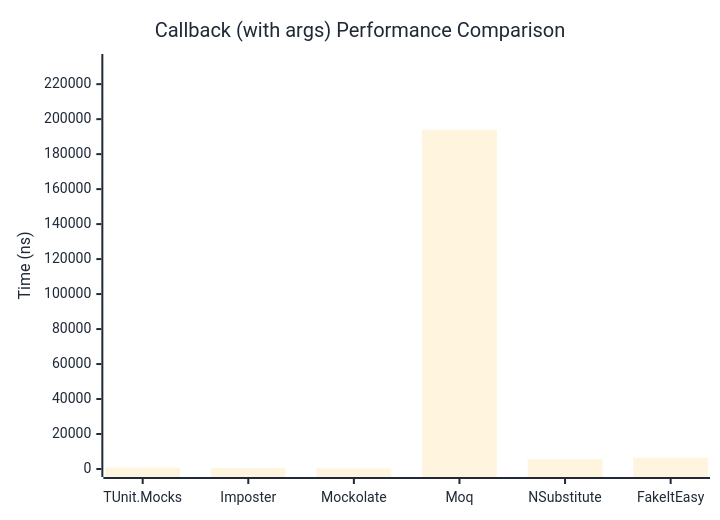
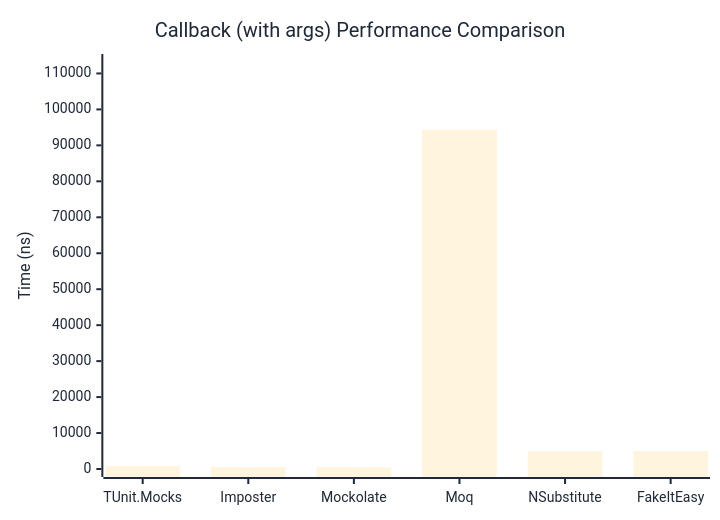
The second of 2 diagrams in docs/docs/benchmarks/mocks/Callback.md (thomhurst/TUnit), drawn with Mermaid before and after one commit. The commit also changed other lines of this file and 14 other files, not shown here.

````diff
--- a/docs/docs/benchmarks/mocks/Callback.md
+++ b/docs/docs/benchmarks/mocks/Callback.md
@@ -71,27 +71,27 @@
 ```mermaid
 %%{init: {
   'theme':'base',
   'themeVariables': {
     'primaryColor': '#2563eb',
     'primaryTextColor': '#1f2937',
     'primaryBorderColor': '#1e40af',
     'lineColor': '#6b7280',
     'secondaryColor': '#7c3aed',
     'tertiaryColor': '#dc2626',
     'background': '#ffffff',
     'pie1': '#2563eb',
     'pie2': '#7c3aed',
     'pie3': '#dc2626',
     'pie4': '#f59e0b',
     'pie5': '#10b981',
     'pie6': '#06b6d4',
     'pie7': '#ec4899',
     'pie8': '#6366f1'
   }
 }}%%
 xychart-beta
   title "Callback (with args) Performance Comparison"
   x-axis ["TUnit.Mocks", "Imposter", "Mockolate", "Moq", "NSubstitute", "FakeItEasy"]
-  y-axis "Time (ns)" 0 --> 232666
-  bar [774.2, 517.7, 385.2, 193887.9, 5584.4, 6466.2]
+  y-axis "Time (ns)" 0 --> 113184
+  bar [851.1, 554.8, 448.1, 94319.2, 4991.3, 4995.3]
 ```
````
